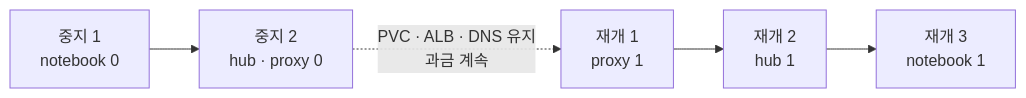
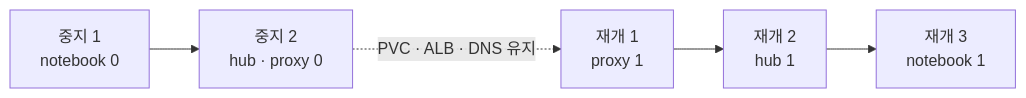
Before and after one commit to sonmap/https-github.com-sonmap-GCP_SBX_Test02: diagram 13 of 13 in 03.sandbox_deploy/README.md, drawn with Mermaid.

Commit message:
docs: drop br tag from a mermaid edge label
GitHub의 mermaid는 화살표 라벨 안의 HTML 태그를 로컬 렌더러보다
까다롭게 처리합니다. 「중지와 재개」 다이어그램의 점선 라벨에 있던
<br/>를 제거했습니다. 문서 전체에서 화살표 라벨에 태그가 들어간 곳은
이 한 곳뿐입니다.

Claude-Session: https://claude.ai/code/session_01799PBqNgpuVHnEH9AmnFme

````diff
--- a/03.sandbox_deploy/README.md
+++ b/03.sandbox_deploy/README.md
@@ -697,7 +697,7 @@
 ```mermaid
 flowchart LR
     N0["중지 1<br/>notebook 0"] --> HP0["중지 2<br/>hub · proxy 0"]
-    HP0 -.PVC · ALB · DNS 유지<br/>과금 계속.-> P1["재개 1<br/>proxy 1"]
+    HP0 -.PVC · ALB · DNS 유지.-> P1["재개 1<br/>proxy 1"]
     P1 --> H1["재개 2<br/>hub 1"]
     H1 --> N1["재개 3<br/>notebook 1"]
 ```
````
